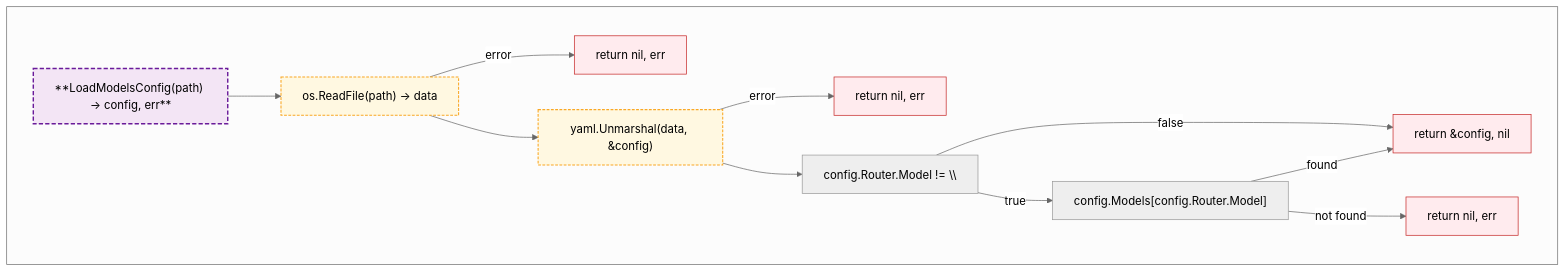
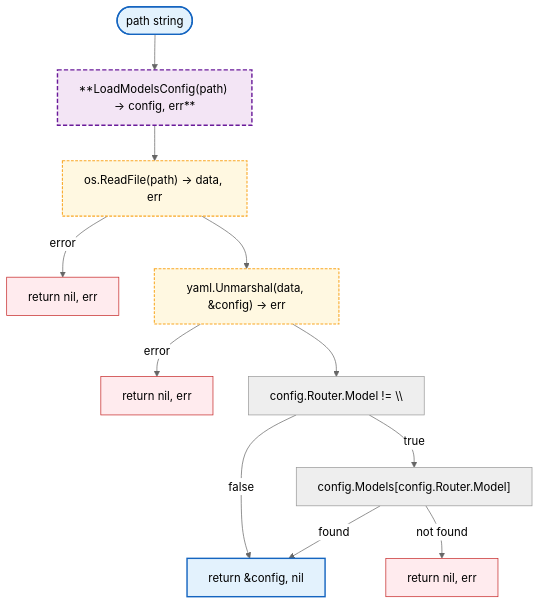
The first of 5 diagrams in docs/config/models.md (radch-ai/ava), drawn with Mermaid (neutral theme) before and after one commit. The commit also changed other lines of this file and 23 other files, not shown here.

First line of the commit message:
docs: replace Functions sections with separate flowcharts for each function

````diff
--- a/docs/config/models.md
+++ b/docs/config/models.md
@@ -7,26 +40,26 @@
 ```mermaid
 flowchart TB
-    subgraph SGMain [" "]
-        HStart["**LoadModelsConfig(path) → config, err**"]
-        HStart --> ReadFile["os.ReadFile(path) → data"]
-        ReadFile -->|error| ERead["return nil, err"]
-        ReadFile --> ParseYAML["yaml.Unmarshal(data, &config)"]
-        ParseYAML -->|error| EParse["return nil, err"]
-        ParseYAML --> Validate["config.Router.Model != \"\""]
-        Validate -->|false| Success["return &config, nil"]
-        Validate -->|true| Lookup["config.Models[config.Router.Model]"]
-        Lookup -->|not found| ELookup["return nil, err"]
-        Lookup -->|found| Success
-    end
+    Start([path string]) --> HLoadConfig["**LoadModelsConfig(path) → config, err**"]
+    HLoadConfig --> ReadFile["os.ReadFile(path) → data, err"]
+    ReadFile -->|error| ERead["return nil, err"]
+    ReadFile --> Unmarshal["yaml.Unmarshal(data, &config) → err"]
+    Unmarshal -->|error| EParse["return nil, err"]
+    Unmarshal --> CheckRouter["config.Router.Model != \"\""]
+    CheckRouter -->|false| Success["return &config, nil"]
+    CheckRouter -->|true| Lookup["config.Models[config.Router.Model]"]
+    Lookup -->|not found| ELookup["return nil, err"]
+    Lookup -->|found| Success
 
     click ReadFile href "https://pkg.go.dev/os#ReadFile"
-    click ParseYAML href "https://pkg.go.dev/gopkg.in/yaml.v3#Unmarshal"
+    click Unmarshal href "https://pkg.go.dev/gopkg.in/yaml.v3#Unmarshal"
 
+    classDef mainFn fill:#e3f2fd,stroke:#1565c0,stroke-width:2px
     classDef internalFn fill:#f3e5f5,stroke:#6a1b9a,stroke-width:2px,stroke-dasharray:6 3
     classDef localPkgs fill:#fff8e1,stroke:#f9a825,stroke-width:1.5px,stroke-dasharray:4 2
     classDef errorFlow fill:#ffebee,stroke:#c62828,stroke-width:1px
 
-    class HStart internalFn
-    class ReadFile,ParseYAML localPkgs
-    class ERead,EParse,ELookup,Success errorFlow
+    class Start,Success mainFn
+    class HLoadConfig internalFn
+    class ReadFile,Unmarshal localPkgs
+    class ERead,EParse,ELookup errorFlow
 ```
````
